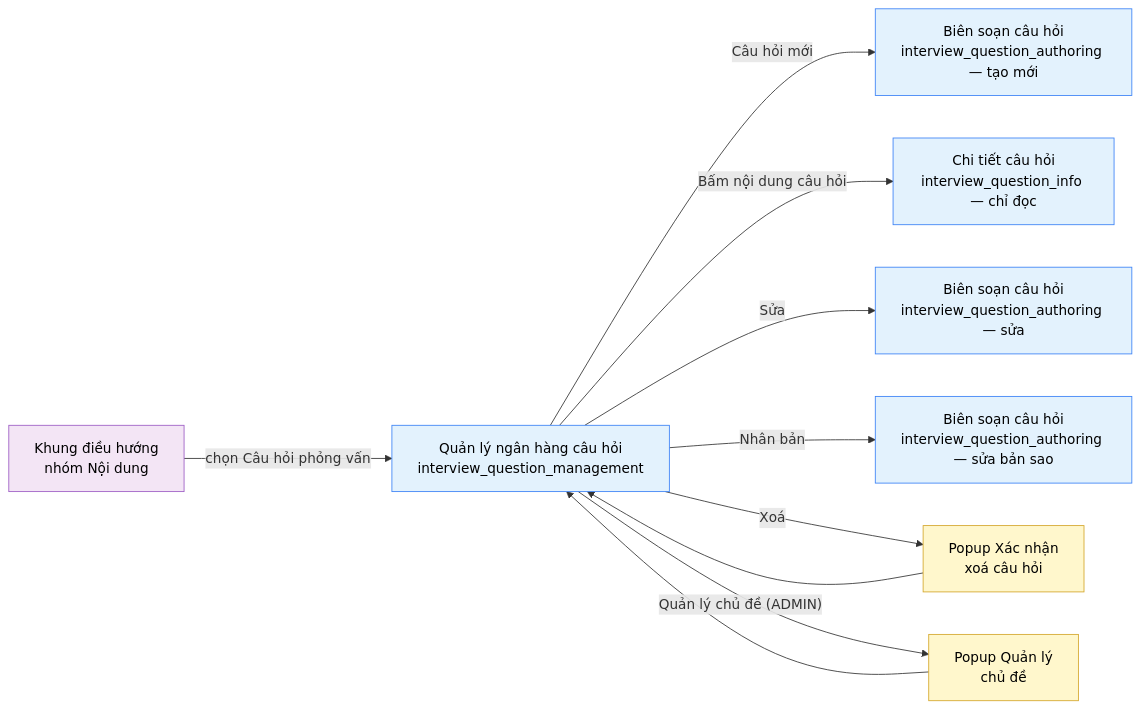
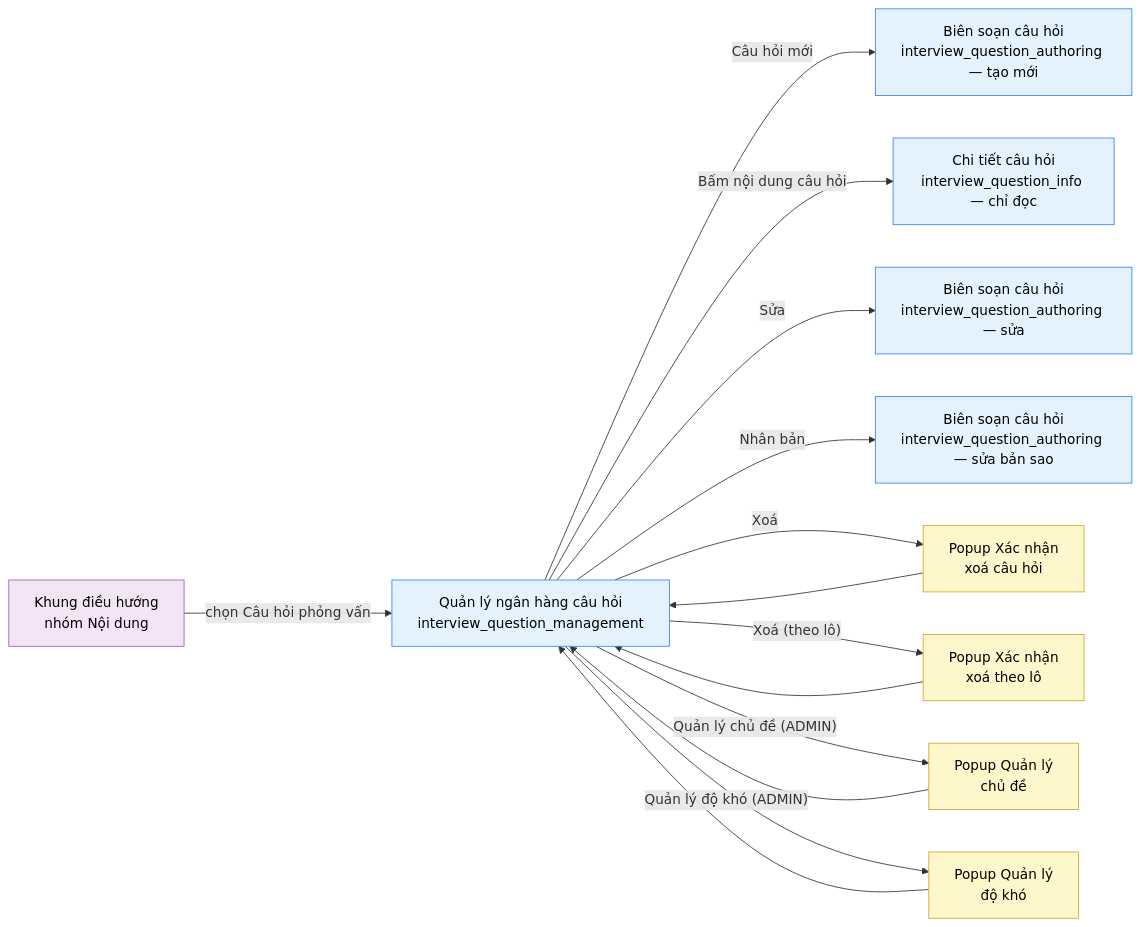
The diagram in 02-bd/screens/shared/SHR0301_interview_question_management.md (daiphu1801/PRJ_ALGOPREP), drawn with Mermaid before and after one commit. The commit also changed other lines of this file and 158 other files, not shown here.

First line of the commit message:
feat: dynamic difficulty levels, problem spec editor, filter/bulk actions and docs sync

````diff
--- a/02-bd/screens/shared/SHR0301_interview_question_management.md
+++ b/02-bd/screens/shared/SHR0301_interview_question_management.md
@@ -187,21 +222,25 @@
 ```mermaid
 flowchart LR
     nav["Khung điều hướng<br/>nhóm Nội dung"] -->|"chọn Câu hỏi phỏng vấn"| main["Quản lý ngân hàng câu hỏi<br/>interview_question_management"]
     main -->|"Câu hỏi mới"| create["Biên soạn câu hỏi<br/>interview_question_authoring — tạo mới"]
     main -->|"Bấm nội dung câu hỏi"| info["Chi tiết câu hỏi<br/>interview_question_info — chỉ đọc"]
     main -->|"Sửa"| edit["Biên soạn câu hỏi<br/>interview_question_authoring — sửa"]
     main -->|"Nhân bản"| dup["Biên soạn câu hỏi<br/>interview_question_authoring — sửa bản sao"]
     main -->|"Xoá"| confirm["Popup Xác nhận<br/>xoá câu hỏi"]
     confirm --> main
+    main -->|"Xoá (theo lô)"| confirmBulk["Popup Xác nhận<br/>xoá theo lô"]
+    confirmBulk --> main
     main -->|"Quản lý chủ đề (ADMIN)"| topics["Popup Quản lý<br/>chủ đề"]
     topics --> main
+    main -->|"Quản lý độ khó (ADMIN)"| levels["Popup Quản lý<br/>độ khó"]
+    levels --> main
 
     classDef source fill:#F3E5F5,stroke:#9C5CC4,color:#000
     classDef screen fill:#E3F2FD,stroke:#3B82F6,color:#000
     classDef popup fill:#FFF7CC,stroke:#D4A72C,color:#000
 
     class nav source
     class main screen
     class create,edit,dup,info screen
-    class confirm,topics popup
+    class confirm,confirmBulk,topics,levels popup
 ```
````
